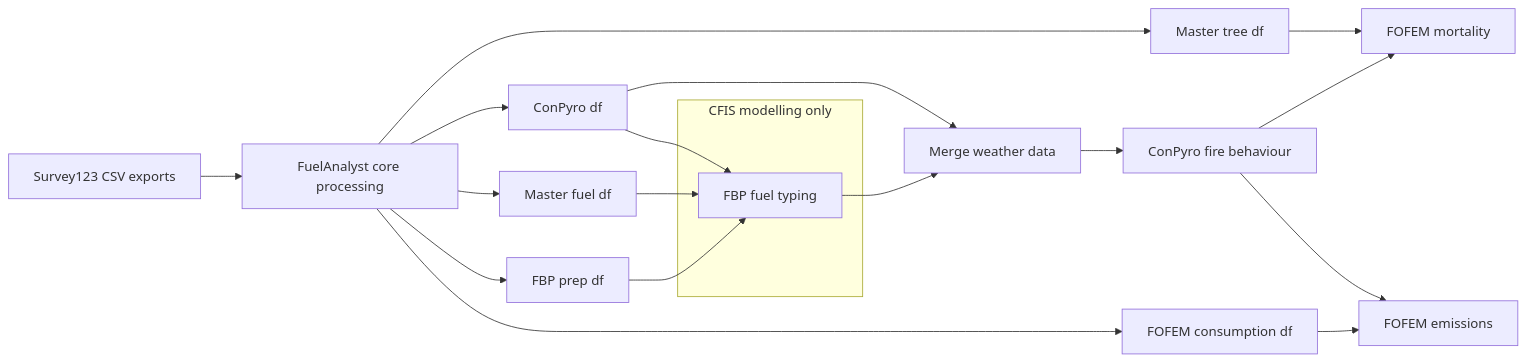
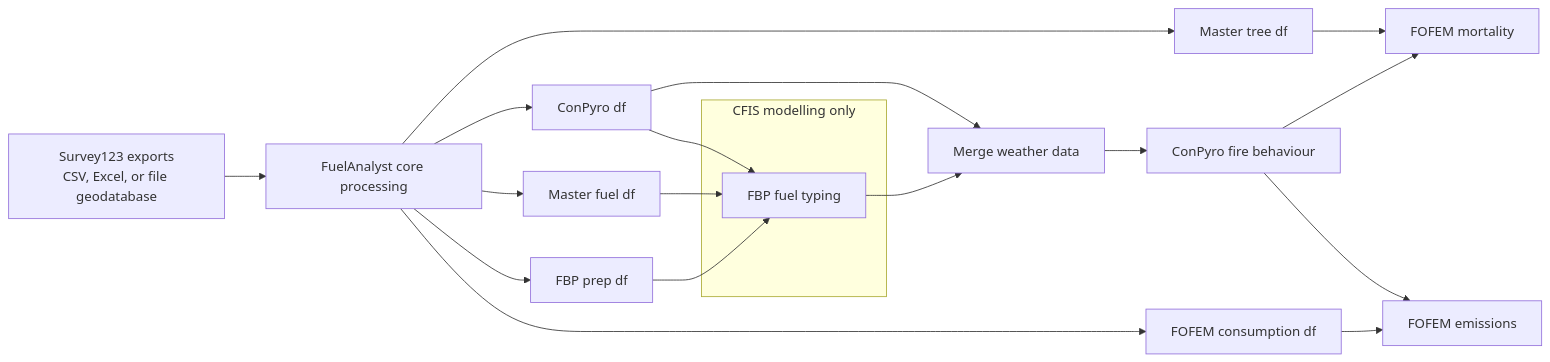
The diagram in README.md (gagreene/FuelAnalyst), drawn with Mermaid before and after one commit. The commit also changed other lines of this file and 5 other files, not shown here.

First line of the commit message:
Document Excel and file geodatabase inputs and bump to 0.1.2

````diff
--- a/README.md
+++ b/README.md
@@ -70,22 +70,22 @@
 ```mermaid
 flowchart LR
-    A[Survey123 CSV exports] --> B[FuelAnalyst core processing]
+    A[Survey123 exports<br/>CSV, Excel, or file geodatabase] --> B[FuelAnalyst core processing]
     B --> T[Master tree df]
     B --> D[ConPyro df]
     B --> C[Master fuel df]
     B --> P[FBP prep df]
     D --> F
     C --> F
     P --> F
     subgraph CFIS["CFIS modelling only"]
         F[FBP fuel typing]
     end
     D --> G[Merge weather data]
     F --> G
     G --> H[ConPyro fire behaviour]
     B --> E[FOFEM consumption df]
     T --> M[FOFEM mortality]
     H --> M
     H --> N
     E --> N[FOFEM emissions]
 ```
````
